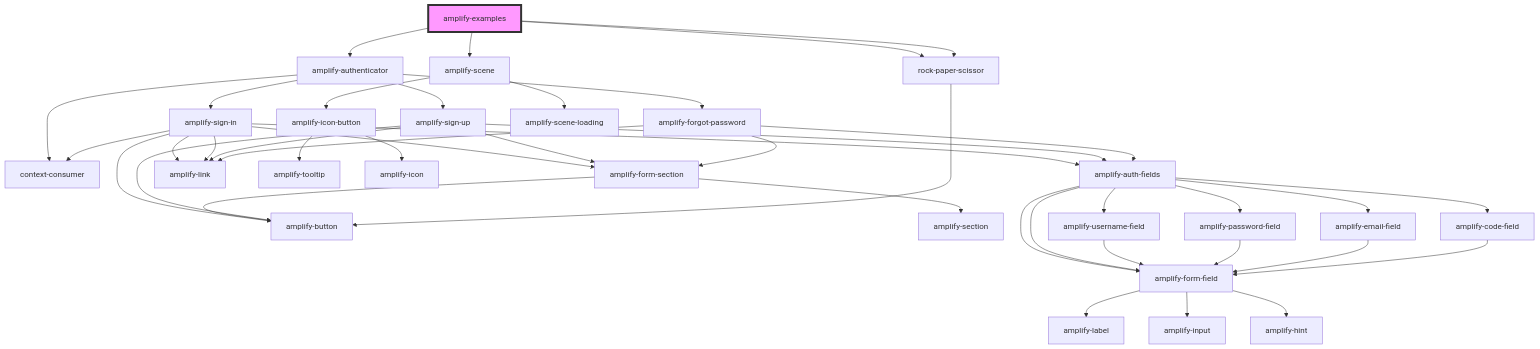
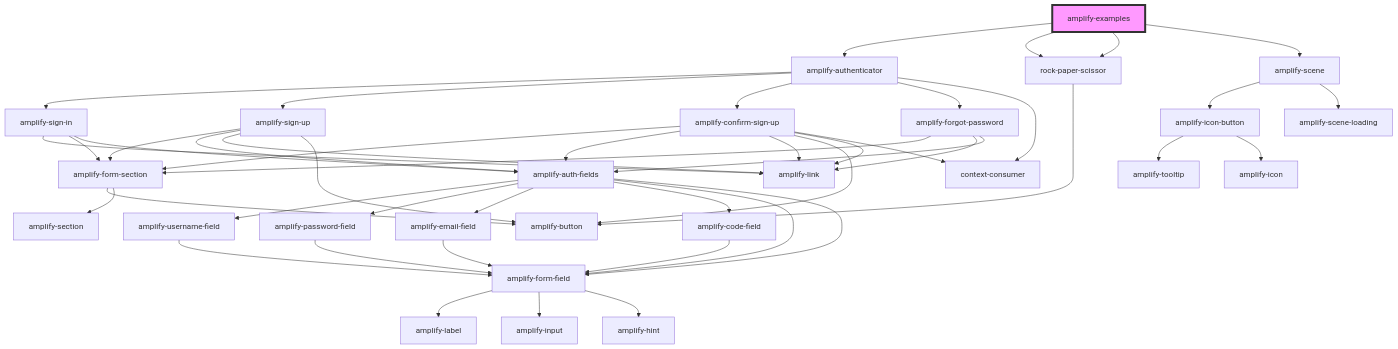
The diagram in packages/amplify-ui-components/src/components/amplify-examples/readme.md (aws-amplify/amplify-js), drawn with Mermaid before and after one commit. The commit also changed 7 other files, not shown here.

````diff
--- a/packages/amplify-ui-components/src/components/amplify-examples/readme.md
+++ b/packages/amplify-ui-components/src/components/amplify-examples/readme.md
@@ -16,45 +16,49 @@
 ```mermaid
 graph TD;
   amplify-examples --> amplify-authenticator
   amplify-examples --> rock-paper-scissor
   amplify-examples --> rock-paper-scissor
   amplify-examples --> amplify-scene
   amplify-authenticator --> amplify-sign-in
   amplify-authenticator --> amplify-sign-up
+  amplify-authenticator --> amplify-confirm-sign-up
   amplify-authenticator --> amplify-forgot-password
   amplify-authenticator --> context-consumer
+  amplify-sign-in --> amplify-link
   amplify-sign-in --> amplify-form-section
   amplify-sign-in --> amplify-auth-fields
-  amplify-sign-in --> amplify-link
-  amplify-sign-in --> context-consumer
-  amplify-sign-in --> amplify-link
-  amplify-sign-in --> amplify-button
+  amplify-form-section --> amplify-button
   amplify-form-section --> amplify-section
-  amplify-form-section --> amplify-button
   amplify-auth-fields --> amplify-username-field
   amplify-auth-fields --> amplify-password-field
   amplify-auth-fields --> amplify-email-field
   amplify-auth-fields --> amplify-code-field
   amplify-auth-fields --> amplify-form-field
   amplify-auth-fields --> amplify-form-field
   amplify-username-field --> amplify-form-field
   amplify-form-field --> amplify-label
   amplify-form-field --> amplify-input
   amplify-form-field --> amplify-hint
   amplify-password-field --> amplify-form-field
   amplify-email-field --> amplify-form-field
   amplify-code-field --> amplify-form-field
   amplify-sign-up --> amplify-form-section
   amplify-sign-up --> amplify-auth-fields
   amplify-sign-up --> amplify-link
   amplify-sign-up --> amplify-button
+  amplify-confirm-sign-up --> amplify-form-section
+  amplify-confirm-sign-up --> amplify-auth-fields
+  amplify-confirm-sign-up --> amplify-link
+  amplify-confirm-sign-up --> amplify-button
+  amplify-confirm-sign-up --> amplify-link
+  amplify-confirm-sign-up --> context-consumer
   amplify-forgot-password --> amplify-form-section
   amplify-forgot-password --> amplify-link
   amplify-forgot-password --> amplify-auth-fields
   rock-paper-scissor --> amplify-button
   amplify-scene --> amplify-icon-button
   amplify-scene --> amplify-scene-loading
   amplify-icon-button --> amplify-tooltip
   amplify-icon-button --> amplify-icon
   style amplify-examples fill:#f9f,stroke:#333,stroke-width:4px
 ```
````
